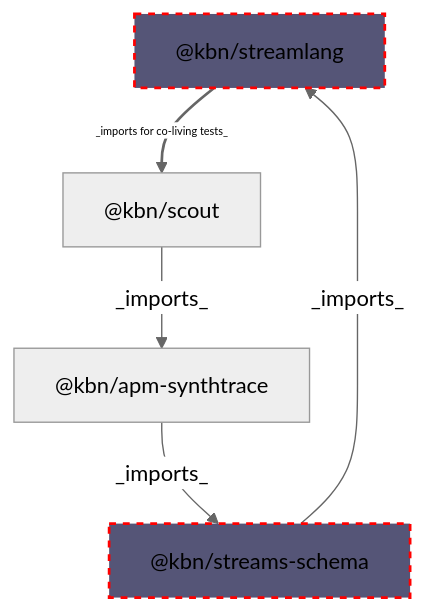
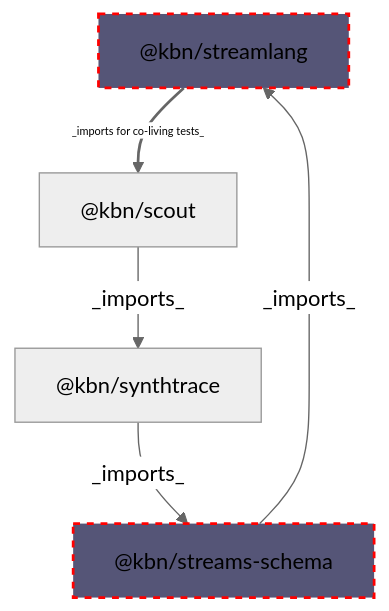
Before and after one commit to codacy-open-source-projects-scans/kibana: the diagram in x-pack/platform/packages/shared/kbn-streamlang-tests/README.md, drawn with Mermaid (neutral theme). The commit also changed other lines of this file and 9227 other files, not shown here.

````diff
--- a/x-pack/platform/packages/shared/kbn-streamlang-tests/README.md
+++ b/x-pack/platform/packages/shared/kbn-streamlang-tests/README.md
@@ -11,15 +11,15 @@
 ```mermaid
 graph TD
     A["@kbn/streamlang"] -->|_imports for co-living tests_| B["@kbn/scout"]
-    B -->|_imports_| C["@kbn/apm-synthtrace"]
+    B -->|_imports_| C["@kbn/synthtrace"]
     C -->|_imports_| D["@kbn/streams-schema"]
     D -->|_imports_| A
-    
+
     style A fill:#555577
     style D fill:#555577
 
     linkStyle 0 stroke-width: 2px, font-size: 8px;
 
     classDef circular stroke:#ff0000,stroke-width:2px,stroke-dasharray: 5 5
     class A,D circular
 ```
````
